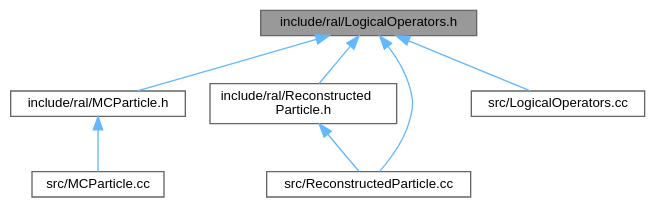
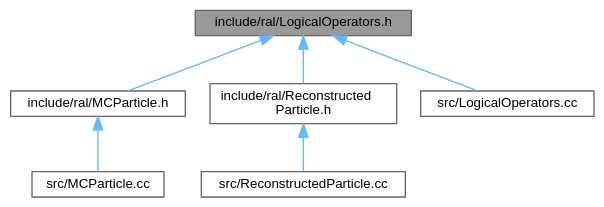
Before and after one commit to Juanki0396/ral: the diagram in docs/LogicalOperators_8h__dep__incl.dot, drawn with Graphviz. The commit also changed 62 other files, not shown here.

```diff
--- a/docs/LogicalOperators_8h__dep__incl.dot
+++ b/docs/LogicalOperators_8h__dep__incl.dot
@@ -1,19 +1,18 @@
 digraph "include/ral/LogicalOperators.h"
 {
  // LATEX_PDF_SIZE
   bgcolor="transparent";
   edge [fontname=Helvetica,fontsize=10,labelfontname=Helvetica,labelfontsize=10];
   node [fontname=Helvetica,fontsize=10,shape=box,height=0.2,width=0.4];
   Node1 [id="Node000001",label="include/ral/LogicalOperators.h",height=0.2,width=0.4,color="gray40", fillcolor="grey60", style="filled", fontcolor="black",tooltip=" "];
   Node1 -> Node2 [id="edge1_Node000001_Node000002",dir="back",color="steelblue1",style="solid",tooltip=" "];
   Node2 [id="Node000002",label="include/ral/MCParticle.h",height=0.2,width=0.4,color="grey40", fillcolor="white", style="filled",URL="$MCParticle_8h.html",tooltip=" "];
   Node2 -> Node3 [id="edge2_Node000002_Node000003",dir="back",color="steelblue1",style="solid",tooltip=" "];
   Node3 [id="Node000003",label="src/MCParticle.cc",height=0.2,width=0.4,color="grey40", fillcolor="white", style="filled",URL="$MCParticle_8cc.html",tooltip=" "];
   Node1 -> Node4 [id="edge3_Node000001_Node000004",dir="back",color="steelblue1",style="solid",tooltip=" "];
   Node4 [id="Node000004",label="include/ral/Reconstructed\lParticle.h",height=0.2,width=0.4,color="grey40", fillcolor="white", style="filled",URL="$ReconstructedParticle_8h.html",tooltip=" "];
   Node4 -> Node5 [id="edge4_Node000004_Node000005",dir="back",color="steelblue1",style="solid",tooltip=" "];
   Node5 [id="Node000005",label="src/ReconstructedParticle.cc",height=0.2,width=0.4,color="grey40", fillcolor="white", style="filled",URL="$ReconstructedParticle_8cc.html",tooltip=" "];
   Node1 -> Node6 [id="edge5_Node000001_Node000006",dir="back",color="steelblue1",style="solid",tooltip=" "];
   Node6 [id="Node000006",label="src/LogicalOperators.cc",height=0.2,width=0.4,color="grey40", fillcolor="white", style="filled",URL="$LogicalOperators_8cc.html",tooltip=" "];
-  Node1 -> Node5 [id="edge6_Node000001_Node000005",dir="back",color="steelblue1",style="solid",tooltip=" "];
 }
```
